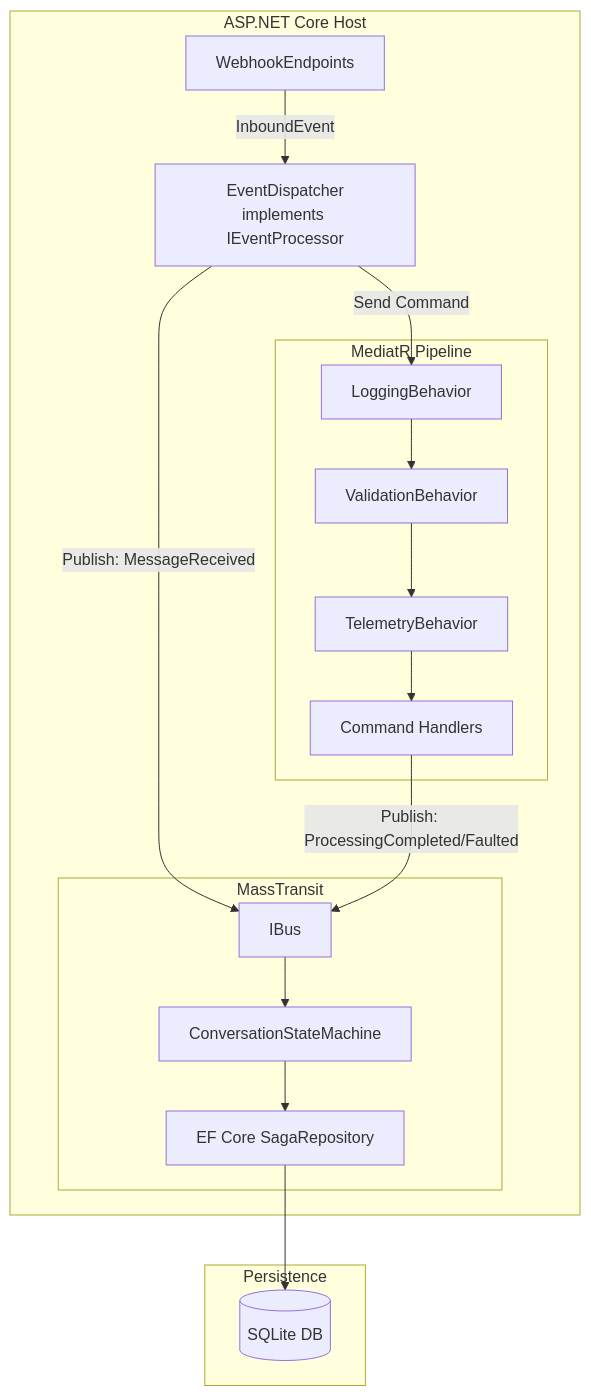
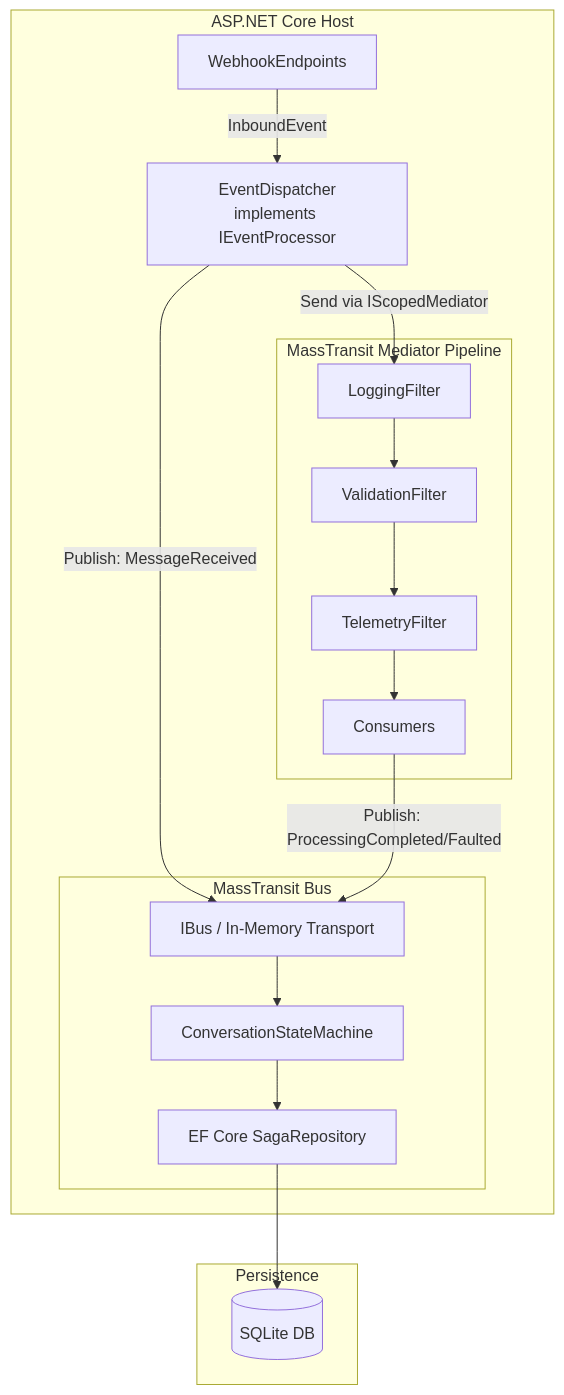
Before and after one commit to LDK-Systems/rideclub-bot: the diagram in .kiro/specs/mediatr-masstransit-pipeline/design.md, drawn with Mermaid. The commit also changed other lines of this file and 35 other files, not shown here.

Commit message:
Updating implementation to use MassTransit as the mediator instead

````diff
--- a/.kiro/specs/mediatr-masstransit-pipeline/design.md
+++ b/.kiro/specs/mediatr-masstransit-pipeline/design.md
@@ -25,35 +31,35 @@
 ```mermaid
 flowchart TD
     subgraph "ASP.NET Core Host"
         WH[WebhookEndpoints]
         ED[EventDispatcher<br/>implements IEventProcessor]
 
-        subgraph "MediatR Pipeline"
-            LB[LoggingBehavior]
-            VB[ValidationBehavior]
-            TB[TelemetryBehavior]
-            CH[Command Handlers]
+        subgraph "MassTransit Mediator Pipeline"
+            LF[LoggingFilter]
+            VF[ValidationFilter]
+            TF[TelemetryFilter]
+            CON[Consumers]
         end
 
-        subgraph "MassTransit"
-            BUS[IBus]
+        subgraph "MassTransit Bus"
+            BUS[IBus / In-Memory Transport]
             CSM[ConversationStateMachine]
             SR[EF Core SagaRepository]
         end
     end
 
     subgraph "Persistence"
         DB[(SQLite DB)]
     end
 
     WH -->|InboundEvent| ED
     ED -->|Publish: MessageReceived| BUS
-    ED -->|Send Command| LB
-    LB --> VB
-    VB --> TB
-    TB --> CH
-    CH -->|Publish: ProcessingCompleted/Faulted| BUS
+    ED -->|Send via IScopedMediator| LF
+    LF --> VF
+    VF --> TF
+    TF --> CON
+    CON -->|Publish: ProcessingCompleted/Faulted| BUS
     BUS --> CSM
     CSM --> SR
     SR --> DB
 ```
````
